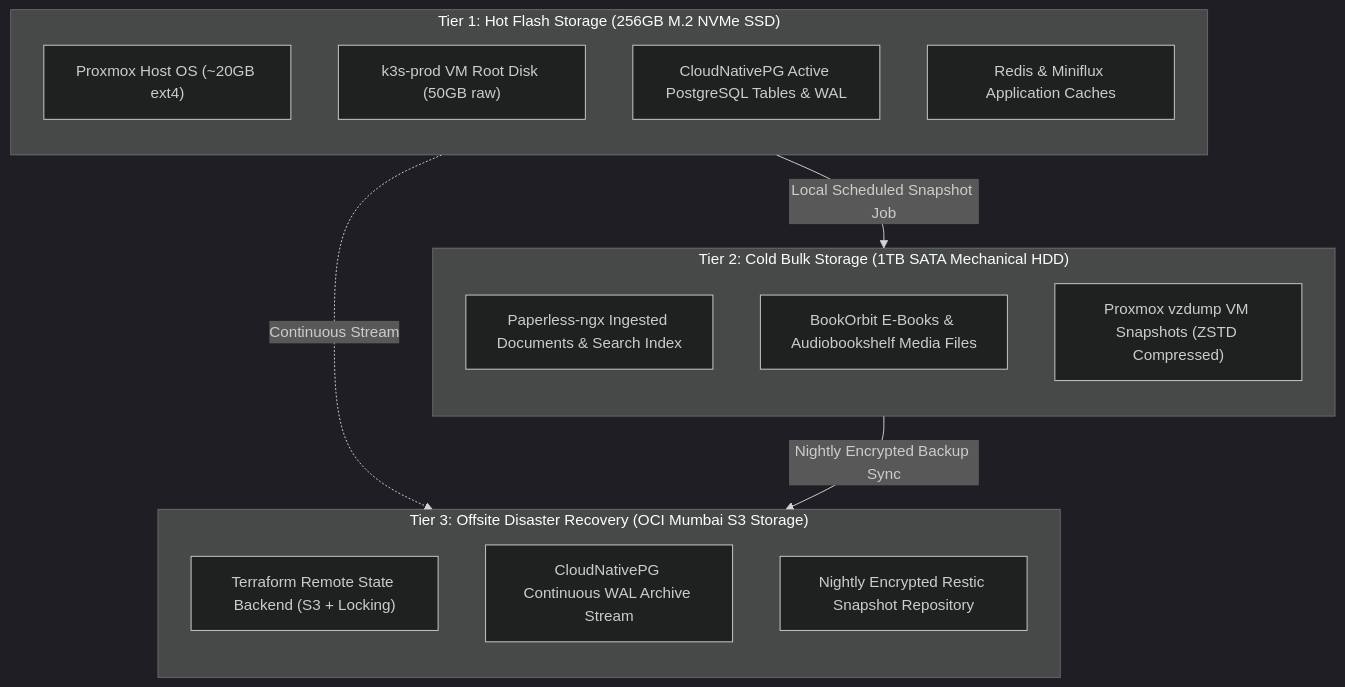
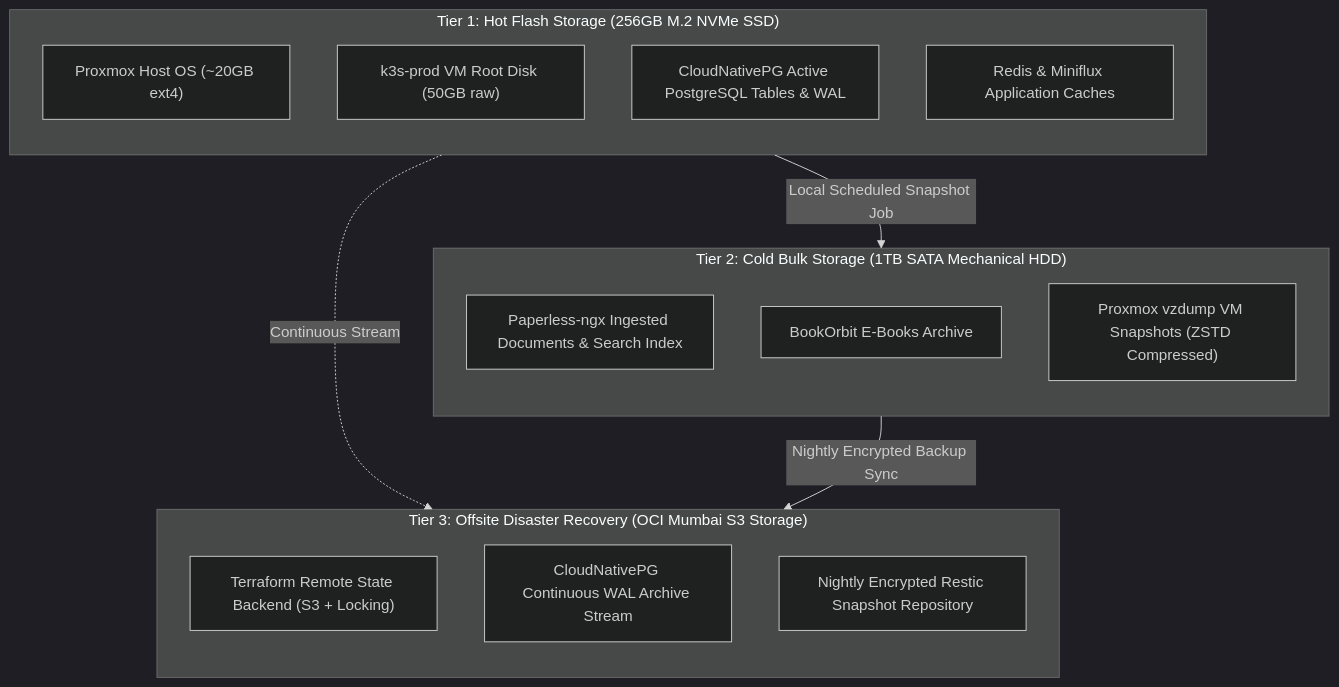
One commit to vsingh55/homelab-ops changed the diagram in docs/architecture/05-dual-tier-storage.md. Above: the diagram before and after it, drawn with Mermaid (dark theme). The commit also changed other lines of this file and 10 other files, not shown here.

````diff
--- a/docs/architecture/05-dual-tier-storage.md
+++ b/docs/architecture/05-dual-tier-storage.md
@@ -18,28 +18,28 @@
 ```mermaid
 flowchart TD
     subgraph Tier1["Tier 1: Hot Flash Storage (256GB M.2 NVMe SSD)"]
         direction TB
         NVMe_OS["Proxmox Host OS (~20GB ext4)"]
         NVMe_Root["k3s-prod VM Root Disk (50GB raw)"]
         NVMe_DB["CloudNativePG Active PostgreSQL Tables & WAL"]
         NVMe_Cache["Redis & Miniflux Application Caches"]
     end
 
     subgraph Tier2["Tier 2: Cold Bulk Storage (1TB SATA Mechanical HDD)"]
         direction TB
         HDD_Docs["Paperless-ngx Ingested Documents & Search Index"]
-        HDD_Media["BookOrbit E-Books & Audiobookshelf Media Files"]
+        HDD_Media["BookOrbit E-Books Archive"]
         HDD_Snapshots["Proxmox vzdump VM Snapshots (ZSTD Compressed)"]
     end
 
     subgraph Tier3["Tier 3: Offsite Disaster Recovery (OCI Mumbai S3 Storage)"]
         direction TB
         OCI_State["Terraform Remote State Backend (S3 + Locking)"]
         OCI_WAL["CloudNativePG Continuous WAL Archive Stream"]
         OCI_Restic["Nightly Encrypted Restic Snapshot Repository"]
     end
 
     Tier1 -->|Local Scheduled Snapshot Job| Tier2
     Tier1 -.->|Continuous Stream| OCI_WAL
     Tier2 -->|Nightly Encrypted Backup Sync| OCI_Restic
 ```
````
